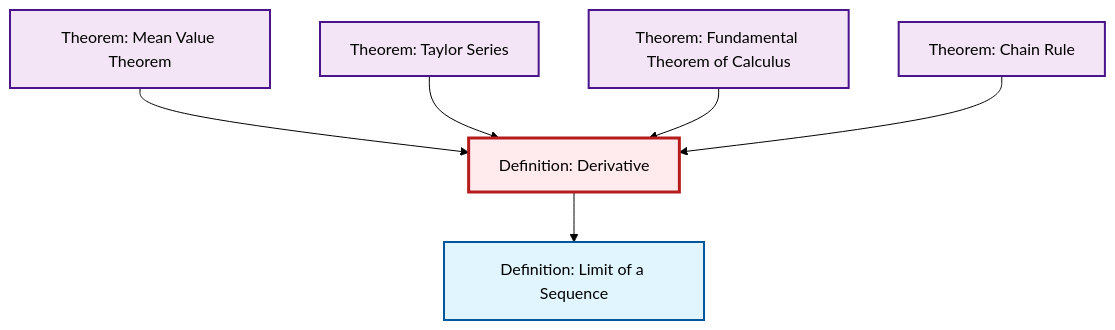
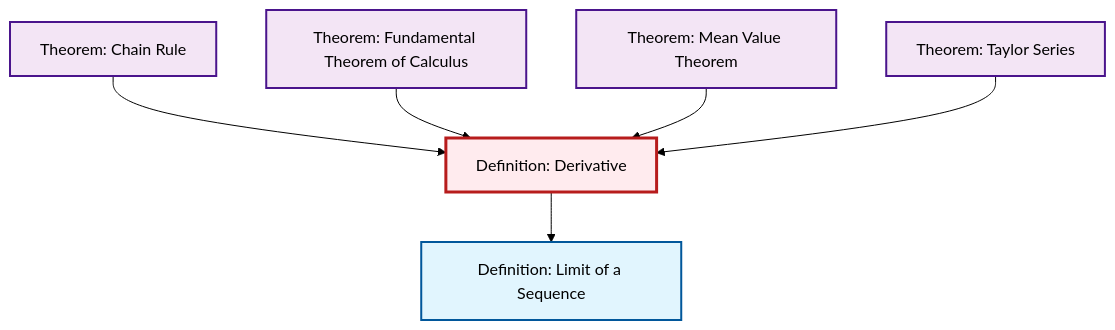
Before and after one commit to RK0429/ModernMath: the second of 2 diagrams in content/en/analysis/def-derivative.qmd, drawn with Mermaid (forest theme). The commit also changed other lines of this file and 619 other files, not shown here.

````diff
--- a/content/en/analysis/def-derivative.qmd
+++ b/content/en/analysis/def-derivative.qmd
@@ -88,26 +88,26 @@
 ```{mermaid}
 %%| fig-cap: "Local dependency graph"
 graph TD
     classDef definition fill:#e1f5fe,stroke:#01579b,stroke-width:2px
     classDef theorem fill:#f3e5f5,stroke:#4a148c,stroke-width:2px
     classDef axiom fill:#fff3e0,stroke:#e65100,stroke-width:2px
     classDef example fill:#e8f5e9,stroke:#1b5e20,stroke-width:2px
     classDef current fill:#ffebee,stroke:#b71c1c,stroke-width:3px
+    thm-chain-rule["Theorem: Chain Rule"]:::theorem
     def-derivative["Definition: Derivative"]:::definition
-    thm-mean-value["Theorem: Mean Value Theorem"]:::theorem
-    thm-chain-rule["Theorem: Chain Rule"]:::theorem
-    thm-fundamental-calculus["Theorem: Fundamental Theorem of Calculus"]:::theorem
     thm-taylor-series["Theorem: Taylor Series"]:::theorem
     def-limit["Definition: Limit of a Sequence"]:::definition
+    thm-mean-value["Theorem: Mean Value Theorem"]:::theorem
+    thm-fundamental-calculus["Theorem: Fundamental Theorem of Calculus"]:::theorem
+    thm-chain-rule --> def-derivative
+    def-derivative --> def-limit
+    thm-fundamental-calculus --> def-derivative
     thm-mean-value --> def-derivative
     thm-taylor-series --> def-derivative
-    def-derivative --> def-limit
-    thm-fundamental-calculus --> def-derivative
-    thm-chain-rule --> def-derivative
     class def-derivative current
-    click thm-mean-value "thm-mean-value.html" "Go to Mean Value Theorem theorem"
     click thm-chain-rule "thm-chain-rule.html" "Go to Chain Rule theorem"
-    click thm-fundamental-calculus "thm-fundamental-calculus.html" "Go to Fundamental Theorem of Calculus theorem"
     click thm-taylor-series "thm-taylor-series.html" "Go to Taylor Series theorem"
     click def-limit "def-limit.html" "Go to Limit of a Sequence definition"
+    click thm-mean-value "thm-mean-value.html" "Go to Mean Value Theorem theorem"
+    click thm-fundamental-calculus "thm-fundamental-calculus.html" "Go to Fundamental Theorem of Calculus theorem"
 ```
````
